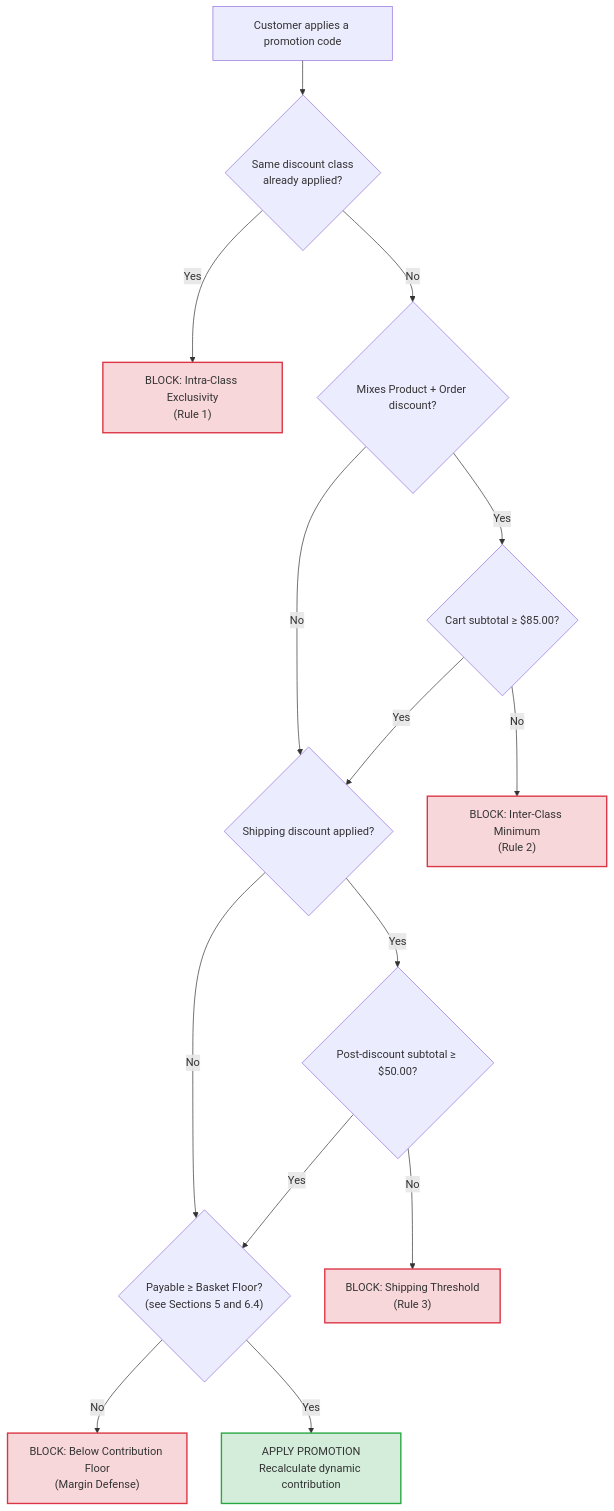
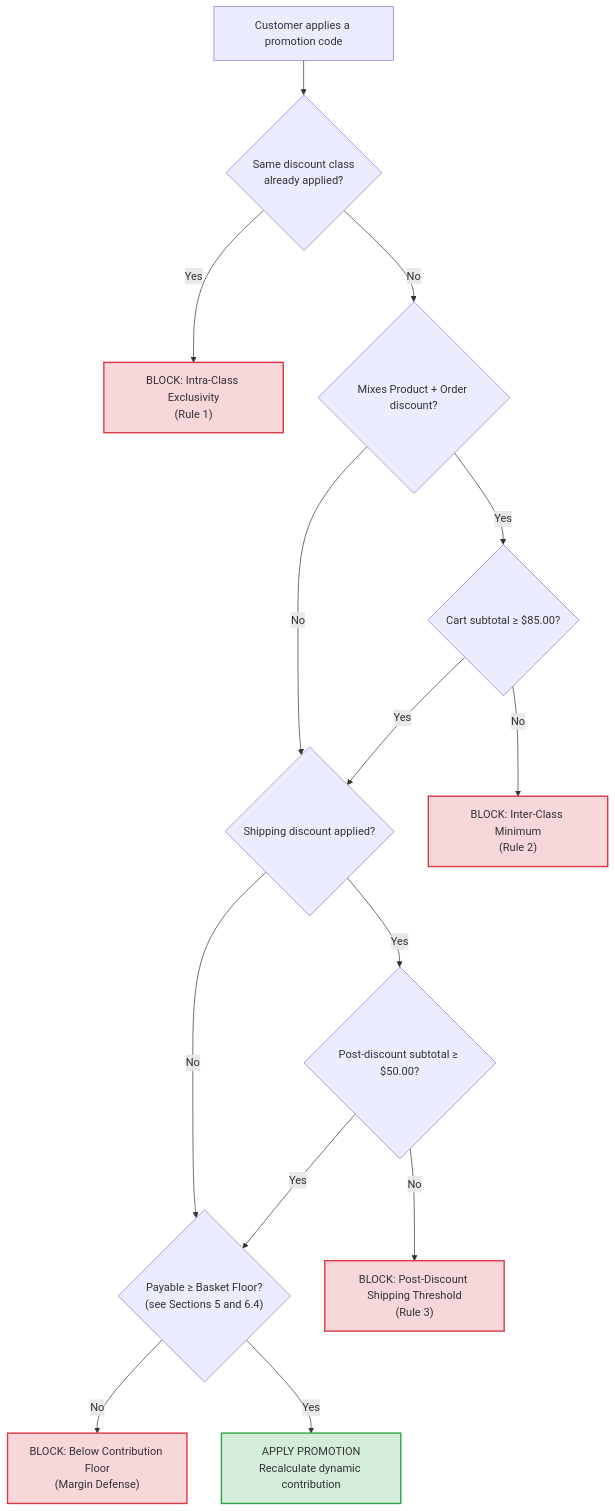
One commit to riovicsusas/portfolio changed the fourth of 6 diagrams in domain-5-technical-diagnosis/MasterDossier-Domain5-MarginDefenseAndCartDiagnostics.md. Above: the diagram before and after it, drawn with Mermaid. The commit also changed other lines of this file, not shown here.

````diff
--- a/domain-5-technical-diagnosis/MasterDossier-Domain5-MarginDefenseAndCartDiagnostics.md
+++ b/domain-5-technical-diagnosis/MasterDossier-Domain5-MarginDefenseAndCartDiagnostics.md
@@ -215,22 +236,22 @@
 ```mermaid
 flowchart TD
     A["Customer applies a promotion code"] --> B{"Same discount class<br/>already applied?"}
     B -- "Yes" --> X1["BLOCK: Intra-Class Exclusivity<br/>(Rule 1)"]
     B -- "No" --> C{"Mixes Product + Order discount?"}
     C -- "Yes" --> C2{"Cart subtotal ≥ $85.00?"}
     C -- "No" --> D{"Shipping discount applied?"}
     C2 -- "No" --> X2["BLOCK: Inter-Class Minimum<br/>(Rule 2)"]
     C2 -- "Yes" --> D
     D -- "Yes" --> D2{"Post-discount subtotal ≥ $50.00?"}
     D -- "No" --> F{"Payable ≥ Basket Floor?<br/>(see Sections 5 and 6.4)"}
-    D2 -- "No" --> X3["BLOCK: Shipping Threshold<br/>(Rule 3)"]
+    D2 -- "No" --> X3["BLOCK: Post-Discount Shipping Threshold<br/>(Rule 3)"]
     D2 -- "Yes" --> F
     F -- "No" --> X4["BLOCK: Below Contribution Floor<br/>(Margin Defense)"]
     F -- "Yes" --> E["APPLY PROMOTION<br/>Recalculate dynamic contribution"]
 
     style X1 fill:#f8d7da,stroke:#dc3545,stroke-width:2px;
     style X2 fill:#f8d7da,stroke:#dc3545,stroke-width:2px;
     style X3 fill:#f8d7da,stroke:#dc3545,stroke-width:2px;
     style X4 fill:#f8d7da,stroke:#dc3545,stroke-width:2px;
     style E fill:#d4edda,stroke:#28a745,stroke-width:2px;
 ```
````
